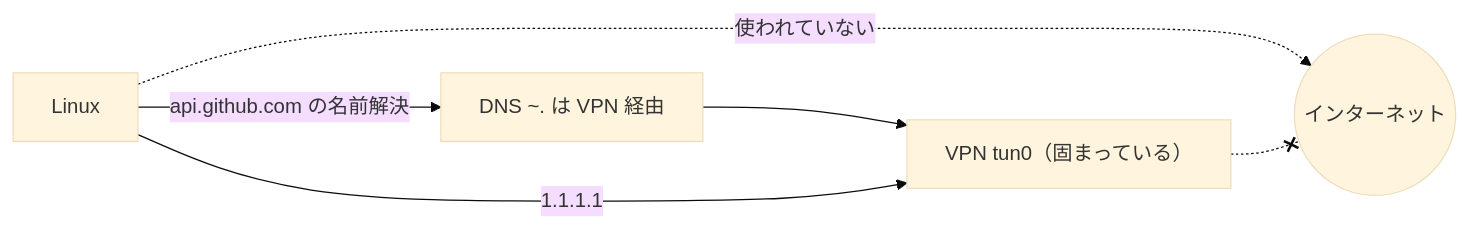
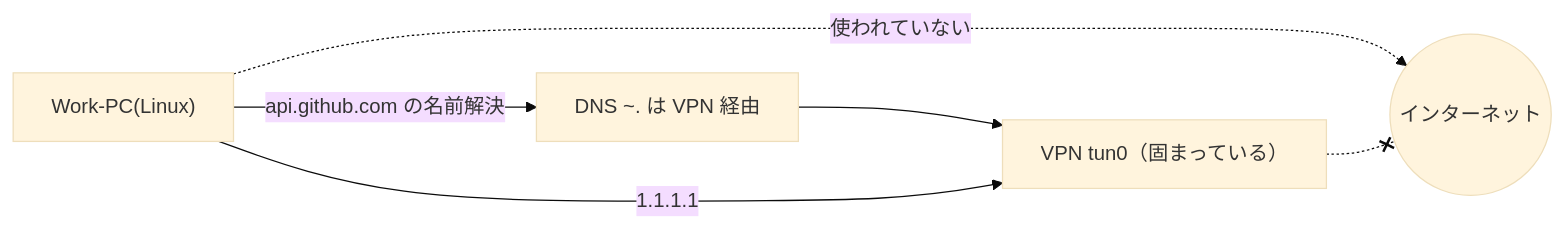
One commit to sickhye/zenn-articles changed the diagram in articles/ops-log-20261115-vpn-dns.md. Above: the diagram before and after it, drawn with Mermaid (base theme). The commit also changed other lines of this file and 1 other file, not shown here.

Commit message:
Unify machine names (Work-PC, Work-MacMini, Home-MacBook)

````diff
--- a/articles/ops-log-20261115-vpn-dns.md
+++ b/articles/ops-log-20261115-vpn-dns.md
@@ -84,8 +84,8 @@
 ```mermaid
 flowchart LR
-  L[Linux] -->|api.github.com の名前解決| D[DNS ~. は VPN 経由]
+  L["Work-PC(Linux)"] -->|api.github.com の名前解決| D[DNS ~. は VPN 経由]
   D --> V[VPN tun0（固まっている）]
   L -->|1.1.1.1| V
   L -.->|使われていない| I((インターネット))
   V -.-x I
 ```
````
